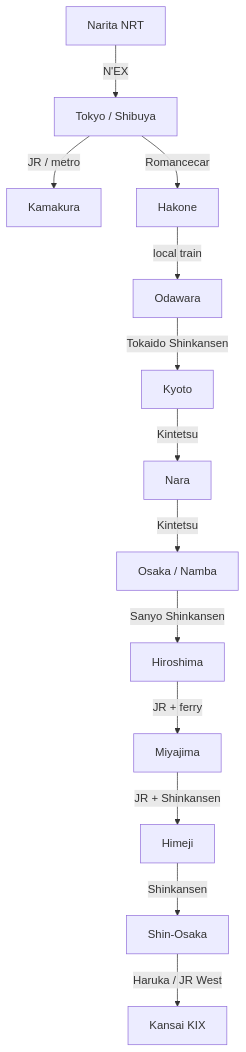
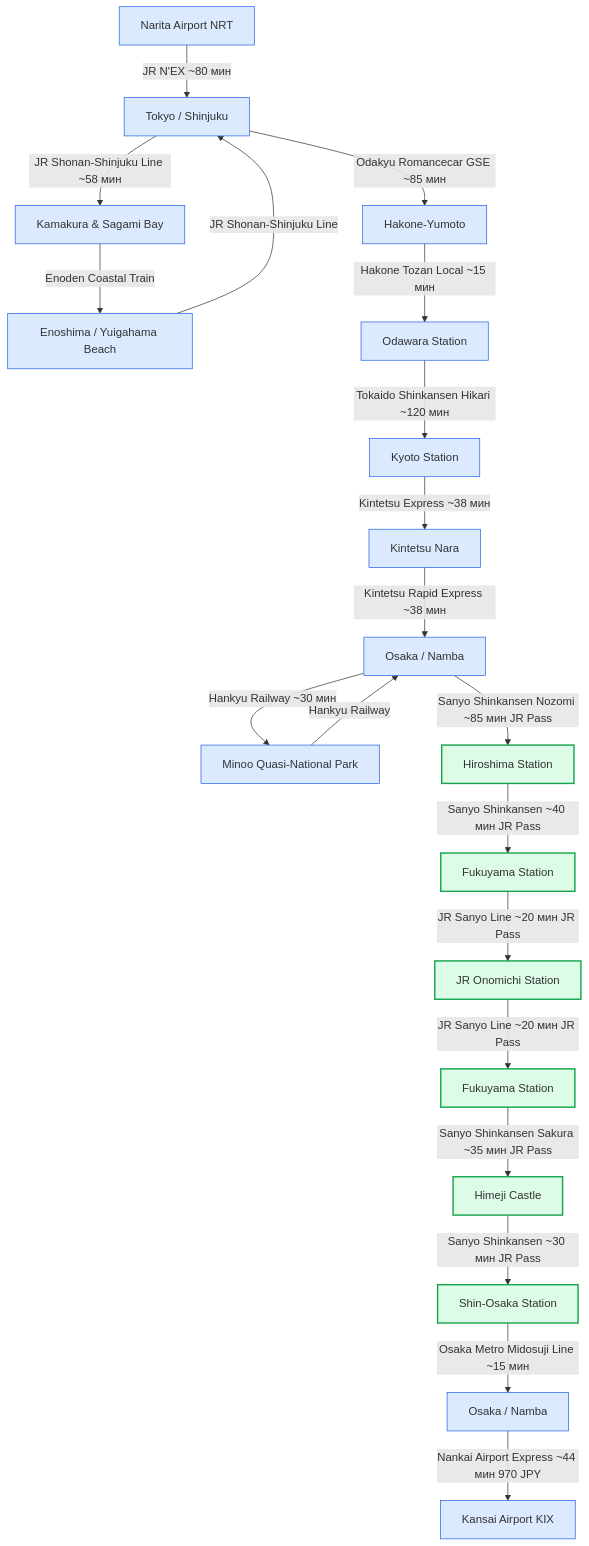
Before and after one commit to injurka/obsidian-mark: the diagram in Personal Note/Travel/-- Japan/03 - Бронирования/Транспорт.md, drawn with Mermaid. The commit also changed other lines of this file and 31 other files, not shown here.

````diff
--- a/Personal Note/Travel/-- Japan/03 - Бронирования/Транспорт.md
+++ b/Personal Note/Travel/-- Japan/03 - Бронирования/Транспорт.md
@@ -14,15 +20,27 @@
 ```mermaid
 flowchart TD
-    NRT[Narita NRT] -->|N'EX| TOK[Tokyo / Shibuya]
-    TOK -->|JR / metro| KAM[Kamakura]
-    TOK -->|Romancecar| HK[Hakone]
-    HK -->|local train| ODA[Odawara]
-    ODA -->|Tokaido Shinkansen| KYO[Kyoto]
-    KYO -->|Kintetsu| NAR[Nara]
-    NAR -->|Kintetsu| OSA[Osaka / Namba]
-    OSA -->|Sanyo Shinkansen| HIR[Hiroshima]
-    HIR -->|JR + ferry| MIY[Miyajima]
-    MIY -->|JR + Shinkansen| HIM[Himeji]
-    HIM -->|Shinkansen| OSA2[Shin-Osaka]
-    OSA2 -->|Haruka / JR West| KIX[Kansai KIX]
+    NRT[Narita Airport NRT] -->|JR N'EX ~80 мин| TOK[Tokyo / Shinjuku]
+    TOK -->|JR Shonan-Shinjuku Line ~58 мин| KAM[Kamakura & Sagami Bay]
+    KAM -->|Enoden Coastal Train| ESH[Enoshima / Yuigahama Beach]
+    ESH -->|JR Shonan-Shinjuku Line| TOK
+    TOK -->|Odakyu Romancecar GSE ~85 мин| HK[Hakone-Yumoto]
+    HK -->|Hakone Tozan Local ~15 мин| ODA[Odawara Station]
+    ODA -->|Tokaido Shinkansen Hikari ~120 мин| KYO[Kyoto Station]
+    KYO -->|Kintetsu Express ~38 мин| NAR[Kintetsu Nara]
+    NAR -->|Kintetsu Rapid Express ~38 мин| OSA[Osaka / Namba]
+    OSA -->|Hankyu Railway ~30 мин| MIN[Minoo Quasi-National Park]
+    MIN -->|Hankyu Railway| OSA
+    OSA -->|Sanyo Shinkansen Nozomi ~85 мин JR Pass| HIR[Hiroshima Station]
+    HIR -->|Sanyo Shinkansen ~40 мин JR Pass| FUK[Fukuyama Station]
+    FUK -->|JR Sanyo Line ~20 мин JR Pass| ONO[JR Onomichi Station]
+    ONO -->|JR Sanyo Line ~20 мин JR Pass| FUK2[Fukuyama Station]
+    FUK2 -->|Sanyo Shinkansen Sakura ~35 мин JR Pass| HIM[Himeji Castle]
+    HIM -->|Sanyo Shinkansen ~30 мин JR Pass| OSA2[Shin-Osaka Station]
+    OSA2 -->|Osaka Metro Midosuji Line ~15 мин| NAM[Osaka / Namba]
+    NAM -->|Nankai Airport Express ~44 мин 970 JPY| KIX[Kansai Airport KIX]
+
+    classDef pass fill:#dcfce7,stroke:#16a34a,stroke-width:2px;
+    classDef regular fill:#dbeafe,stroke:#2563eb,stroke-width:1px;
+    class HIR,FUK,ONO,FUK2,HIM,OSA2 pass;
+    class NRT,TOK,KAM,ESH,HK,ODA,KYO,NAR,OSA,MIN,NAM,KIX regular;
 ```
````
